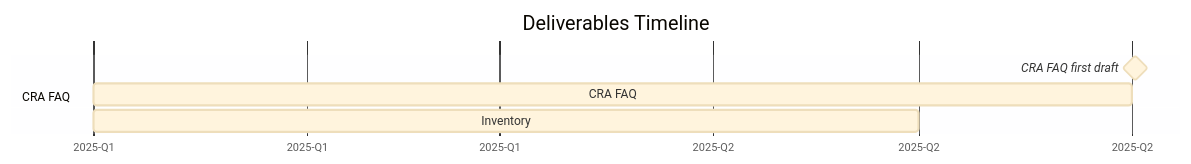
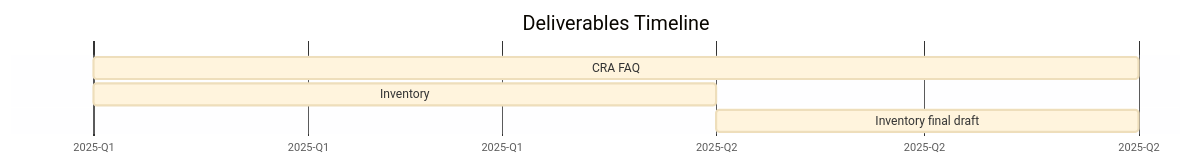
The second of 2 diagrams in cyber-resilience-sig/README.md (orcwg/orcwg), drawn with Mermaid before and after one commit.

Commit message:
Update gantt chart

````diff
--- a/cyber-resilience-sig/README.md
+++ b/cyber-resilience-sig/README.md
@@ -61,12 +61,11 @@
 ```mermaid
 %%{init: {'theme':'base'}}%%
 gantt
     title Deliverables Timeline
     dateFormat  MMMM YYYY
     axisFormat %Y-Q%q
     tickInterval 1month
-    section CRA FAQ
-    CRA FAQ first draft: milestone, June 2025, 1d
     CRA FAQ: January 2025, June 2025
-    Inventory: January 2025, May 2025
+    Inventory: inventory, January 2025, April 2025
+    Inventory final draft: after inventory, June 2025
 ```
````
